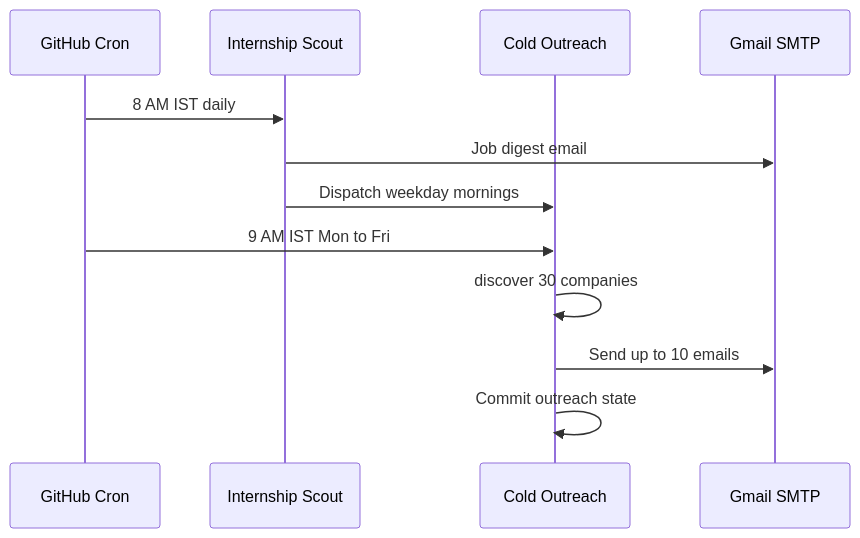
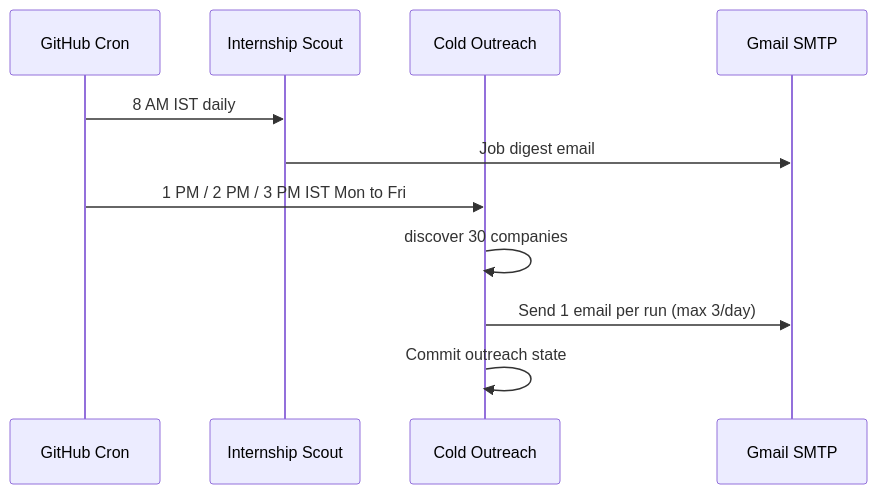
One commit to Ojas-Srivastava05/resume-optimiser changed the fourth of 4 diagrams in README.md. Above: the diagram before and after it, drawn with Mermaid. The commit also changed other lines of this file and 17 other files, not shown here.

First line of the commit message:
refactor(cold-outreach): update email sending strategy and workflow

````diff
--- a/README.md
+++ b/README.md
@@ -252,15 +252,14 @@
 ```mermaid
 sequenceDiagram
     participant Cron as GitHub Cron
     participant Scout as Internship Scout
     participant Cold as Cold Outreach
     participant Gmail as Gmail SMTP
 
     Cron->>Scout: 8 AM IST daily
     Scout->>Gmail: Job digest email
-    Scout->>Cold: Dispatch weekday mornings
-    Cron->>Cold: 9 AM IST Mon to Fri
+    Cron->>Cold: 1 PM / 2 PM / 3 PM IST Mon to Fri
     Cold->>Cold: discover 30 companies
-    Cold->>Gmail: Send up to 10 emails
+    Cold->>Gmail: Send 1 email per run (max 3/day)
     Cold->>Cold: Commit outreach state
 ```
````
